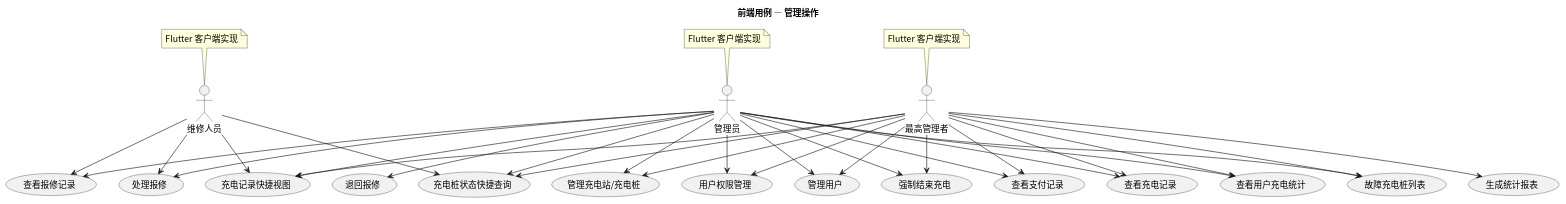
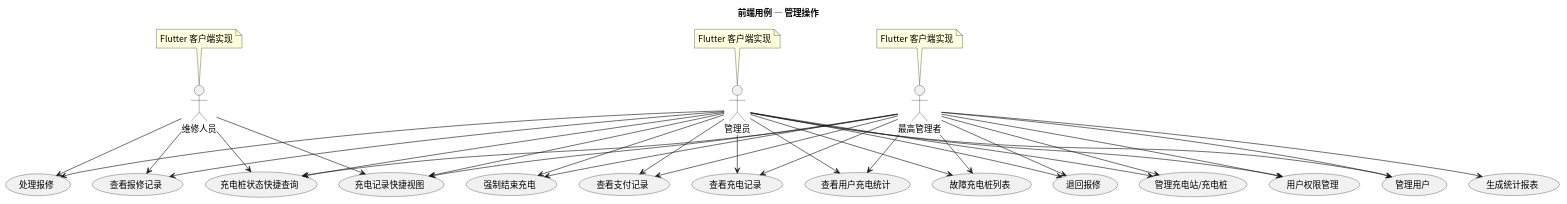
One commit to greenhandzdl/charging-station-doc changed the diagram in usecase/docs/frontend/src/frontend_admin_usecases.puml. Above: the diagram before and after it, drawn with PlantUML. The commit also changed 5 other files, not shown here.

```diff
--- a/usecase/docs/frontend/src/frontend_admin_usecases.puml
+++ b/usecase/docs/frontend/src/frontend_admin_usecases.puml
@@ -1,58 +1,59 @@
 @startuml
 skinparam defaultFontName "Noto Sans CJK SC"
 skinparam defaultFontSize 14
 title 前端用例 — 管理操作
 skinparam useCaseShape rectangle
 
 actor "管理员" as A
 actor "维修人员" as M
 actor "最高管理者" as SA
 
 note top of A : Flutter 客户端实现
 note top of M : Flutter 客户端实现
 note top of SA : Flutter 客户端实现
 
 usecase "处理报修" as HR
 usecase "管理充电站/充电桩" as MM
 usecase "用户权限管理" as PM
 usecase "管理用户" as MU
 usecase "强制结束充电" as FSC
 usecase "生成统计报表" as GS
 usecase "充电桩状态快捷查询" as QC
 usecase "查看报修记录" as VR
 usecase "查看支付记录" as VPR
 usecase "查看充电记录" as VCR
 usecase "充电记录快捷视图" as QV
 usecase "查看用户充电统计" as UCS
 usecase "故障充电桩列表" as FCL
 usecase "退回报修" as RR
 
 A --> HR
 A --> VR
 A --> MM
 A --> PM
 A --> MU
 A --> FSC
 A --> QC
 A --> QV
 A --> VCR
 A --> VPR
 A --> UCS
 A --> RR
 A --> FCL
 SA --> FCL
+SA --> RR
 M --> HR
 M --> VR
 M --> QV
 M --> QC
 SA --> MM
 SA --> PM
 SA --> MU
 SA --> FSC
 SA --> GS
 SA --> VCR
 SA --> QC
 SA --> QV
 SA --> VPR
 SA --> UCS
 @enduml
```
